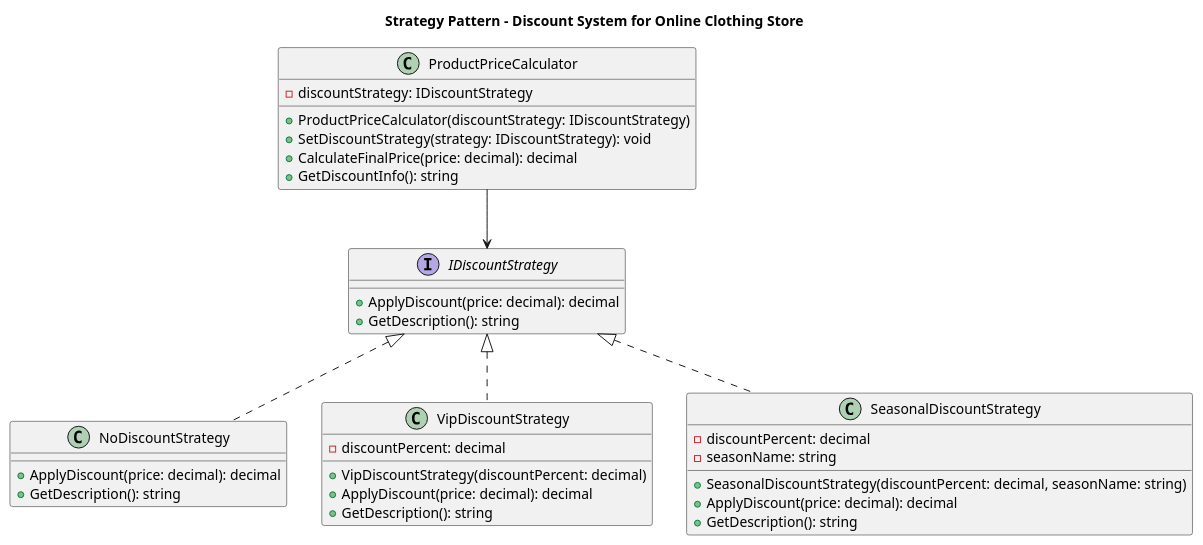
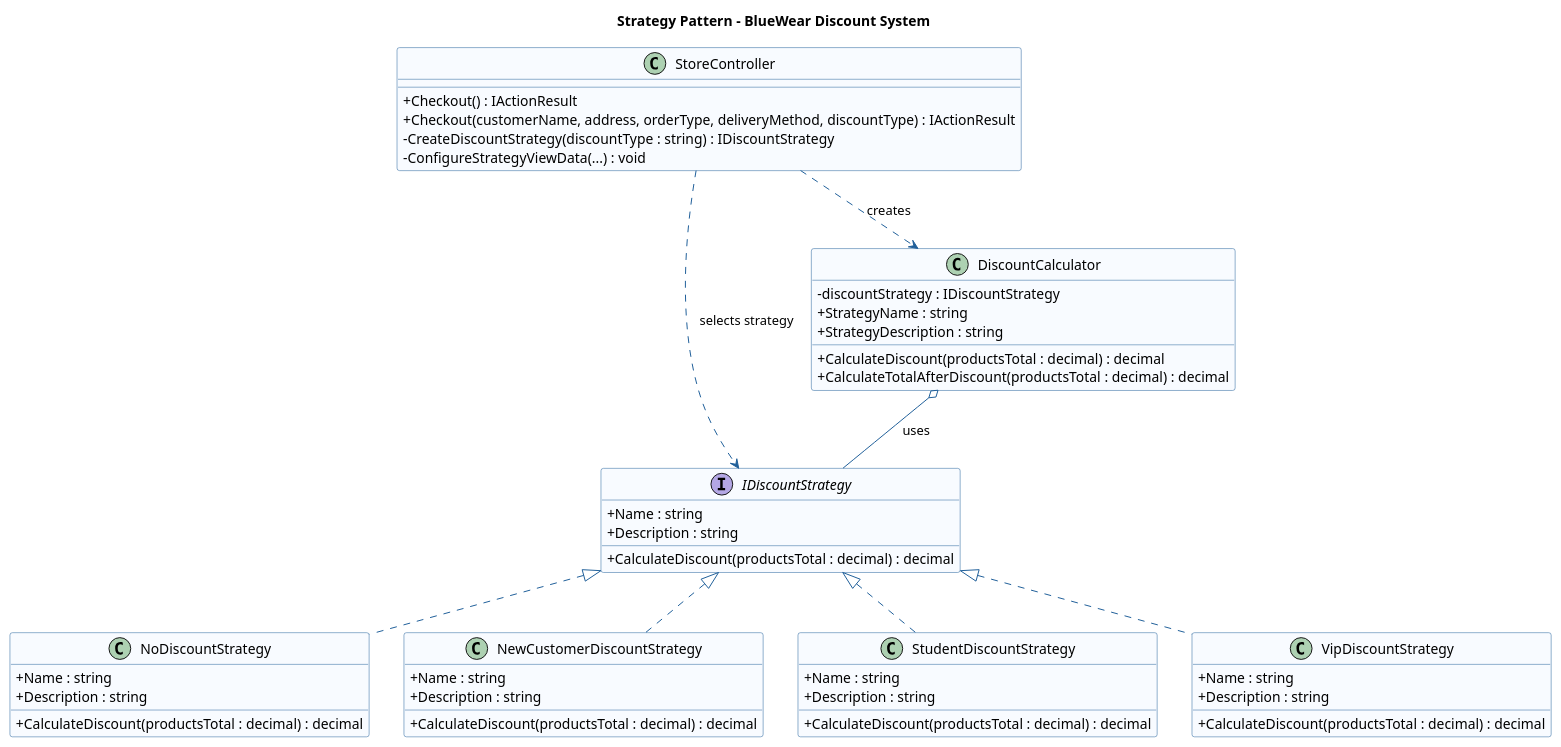
The diagram in OnlineClothingStore/OnlineClothingStore.Core/diagrame/Strategy.puml (AnastasiaMoglan/OnlineClothingStore), drawn with PlantUML before and after one commit. The commit also changed 35 other files, not shown here.

```diff
--- a/OnlineClothingStore/OnlineClothingStore.Core/diagrame/Strategy.puml
+++ b/OnlineClothingStore/OnlineClothingStore.Core/diagrame/Strategy.puml
@@ -1,43 +1,67 @@
 @startuml
-title Strategy Pattern - Discount System for Online Clothing Store
+skinparam classAttributeIconSize 0
+skinparam shadowing false
+skinparam class {
+    BackgroundColor #F8FBFF
+    BorderColor #1F5F99
+    ArrowColor #1F5F99
+}
+
+title Strategy Pattern - BlueWear Discount System
 
 interface IDiscountStrategy {
-    +ApplyDiscount(price: decimal): decimal
-    +GetDescription(): string
+    + Name : string
+    + Description : string
+    + CalculateDiscount(productsTotal : decimal) : decimal
 }
 
 class NoDiscountStrategy {
-    +ApplyDiscount(price: decimal): decimal
-    +GetDescription(): string
+    + Name : string
+    + Description : string
+    + CalculateDiscount(productsTotal : decimal) : decimal
+}
+
+class NewCustomerDiscountStrategy {
+    + Name : string
+    + Description : string
+    + CalculateDiscount(productsTotal : decimal) : decimal
+}
+
+class StudentDiscountStrategy {
+    + Name : string
+    + Description : string
+    + CalculateDiscount(productsTotal : decimal) : decimal
 }
 
 class VipDiscountStrategy {
-    -discountPercent: decimal
-    +VipDiscountStrategy(discountPercent: decimal)
-    +ApplyDiscount(price: decimal): decimal
-    +GetDescription(): string
+    + Name : string
+    + Description : string
+    + CalculateDiscount(productsTotal : decimal) : decimal
 }
 
-class SeasonalDiscountStrategy {
-    -discountPercent: decimal
-    -seasonName: string
-    +SeasonalDiscountStrategy(discountPercent: decimal, seasonName: string)
-    +ApplyDiscount(price: decimal): decimal
-    +GetDescription(): string
+class DiscountCalculator {
+    - discountStrategy : IDiscountStrategy
+    + StrategyName : string
+    + StrategyDescription : string
+    + CalculateDiscount(productsTotal : decimal) : decimal
+    + CalculateTotalAfterDiscount(productsTotal : decimal) : decimal
 }
 
-class ProductPriceCalculator {
-    -discountStrategy: IDiscountStrategy
-    +ProductPriceCalculator(discountStrategy: IDiscountStrategy)
-    +SetDiscountStrategy(strategy: IDiscountStrategy): void
-    +CalculateFinalPrice(price: decimal): decimal
-    +GetDiscountInfo(): string
+class StoreController {
+    + Checkout() : IActionResult
+    + Checkout(customerName, address, orderType, deliveryMethod, discountType) : IActionResult
+    - CreateDiscountStrategy(discountType : string) : IDiscountStrategy
+    - ConfigureStrategyViewData(...) : void
 }
 
 IDiscountStrategy <|.. NoDiscountStrategy
+IDiscountStrategy <|.. NewCustomerDiscountStrategy
+IDiscountStrategy <|.. StudentDiscountStrategy
 IDiscountStrategy <|.. VipDiscountStrategy
-IDiscountStrategy <|.. SeasonalDiscountStrategy
 
-ProductPriceCalculator --> IDiscountStrategy
+DiscountCalculator o-- IDiscountStrategy : uses
+
+StoreController ..> DiscountCalculator : creates
+StoreController ..> IDiscountStrategy : selects strategy
 
 @enduml
```
